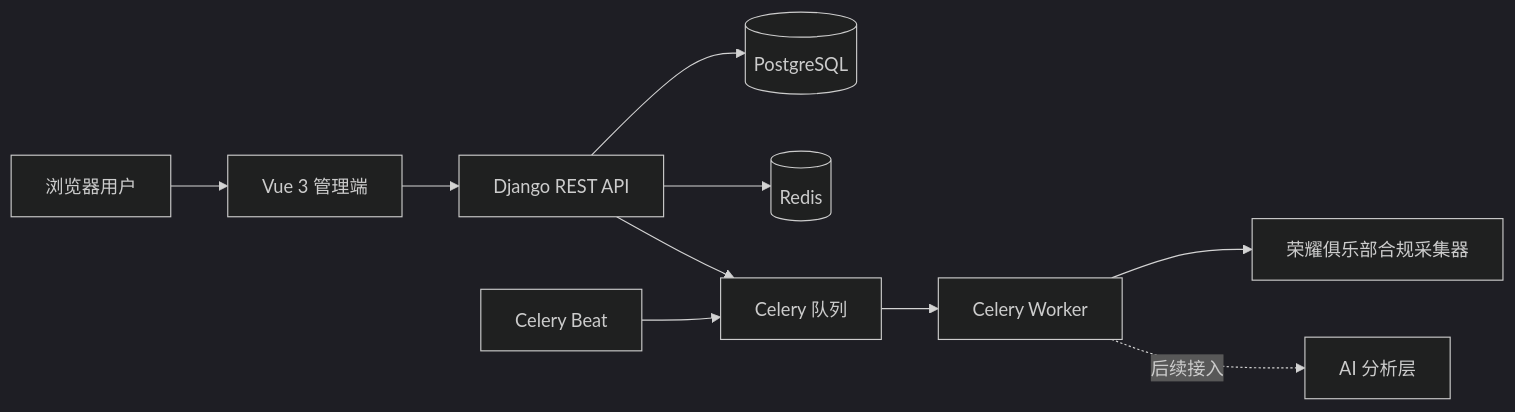
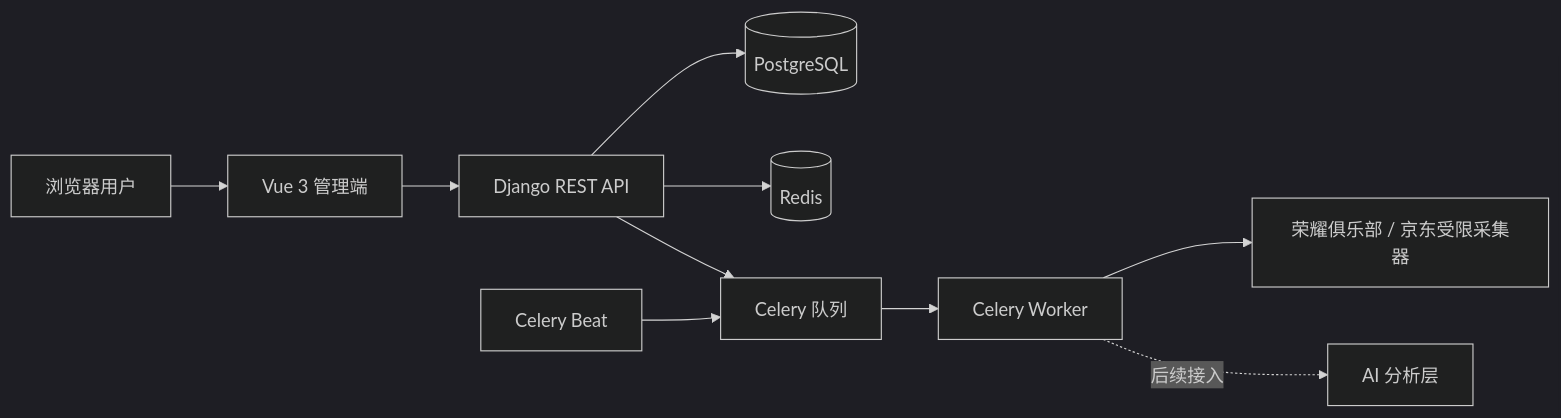
Before and after one commit to yunfei00/phone-voice-insight: the diagram in README.md, drawn with Mermaid (dark theme). The commit also changed other lines of this file and 46 other files, not shown here.

````diff
--- a/README.md
+++ b/README.md
@@ -21,12 +21,12 @@
 ```mermaid
 flowchart LR
     U["浏览器用户"] --> F["Vue 3 管理端"]
     F --> A["Django REST API"]
     A --> P[("PostgreSQL")]
     A --> R[("Redis")]
     A --> Q["Celery 队列"]
     Q --> W["Celery Worker"]
     B["Celery Beat"] --> Q
-    W --> C["荣耀俱乐部合规采集器"]
+    W --> C["荣耀俱乐部 / 京东受限采集器"]
     W -. "后续接入" .-> AI["AI 分析层"]
 ```
````
